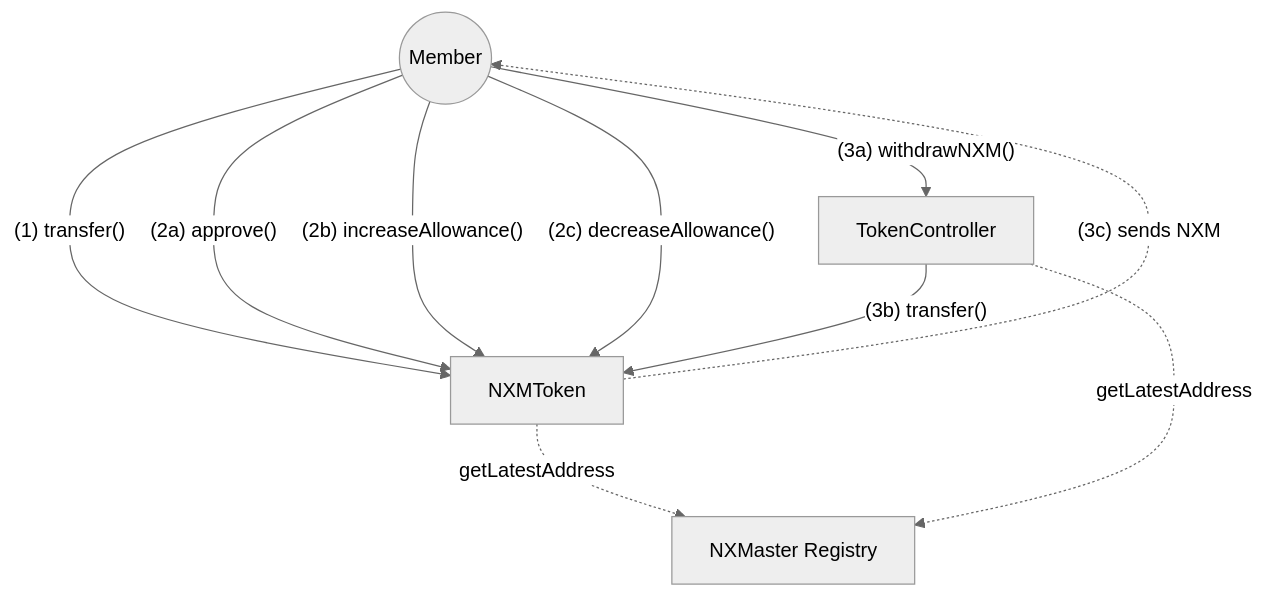
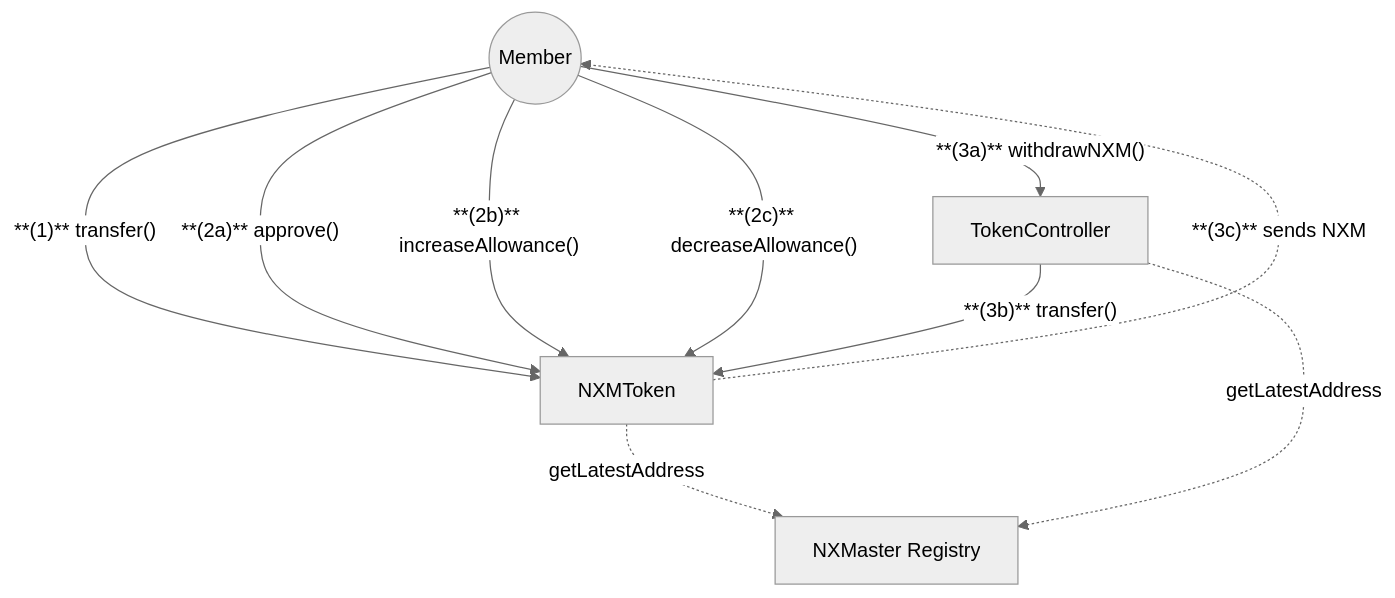
Before and after one commit to NexusMutual/smart-contracts: the first of 2 diagrams in docs/diagrams/contracts/token.md, drawn with Mermaid (neutral theme). The commit also changed other lines of this file and 9 other files, not shown here.

Commit message:
docs: update diagrams docs

````diff
--- a/docs/diagrams/contracts/token.md
+++ b/docs/diagrams/contracts/token.md
@@ -5,23 +5,23 @@
 ```mermaid
 graph TD
     %% Users
     Member(("Member"))
 
     %% Contracts
     NXMToken["NXMToken"]
     TokenController["TokenController"]
     NXMaster["NXMaster Registry"]
 
     %% Member interactions
-    Member -->|"(1) transfer()"| NXMToken
-    Member -->|"(2a) approve()"| NXMToken
-    Member -->|"(2b) increaseAllowance()"| NXMToken
-    Member -->|"(2c) decreaseAllowance()"| NXMToken
-    Member -->|"(3a) withdrawNXM()"| TokenController
-    TokenController -->|"(3b) transfer()"| NXMToken
-    NXMToken -.->|"(3c) sends NXM"| Member
+    Member -->|"**(1)** transfer()"| NXMToken
+    Member -->|"**(2a)** approve()"| NXMToken
+    Member -->|"**(2b)** increaseAllowance()"| NXMToken
+    Member -->|"**(2c)** decreaseAllowance()"| NXMToken
+    Member -->|"**(3a)** withdrawNXM()"| TokenController
+    TokenController -->|"**(3b)** transfer()"| NXMToken
+    NXMToken -.->|"**(3c)** sends NXM"| Member
 
     %% Contract Registry interactions
     NXMToken -.->|"getLatestAddress"| NXMaster
     TokenController -.->|"getLatestAddress"| NXMaster
 ```
````
